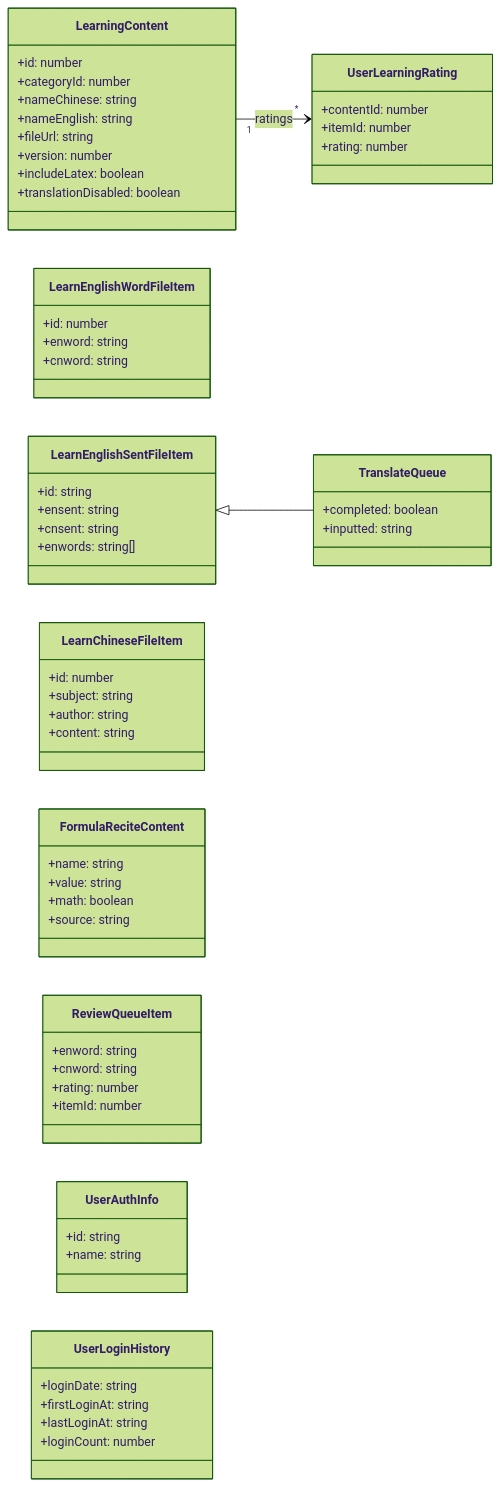
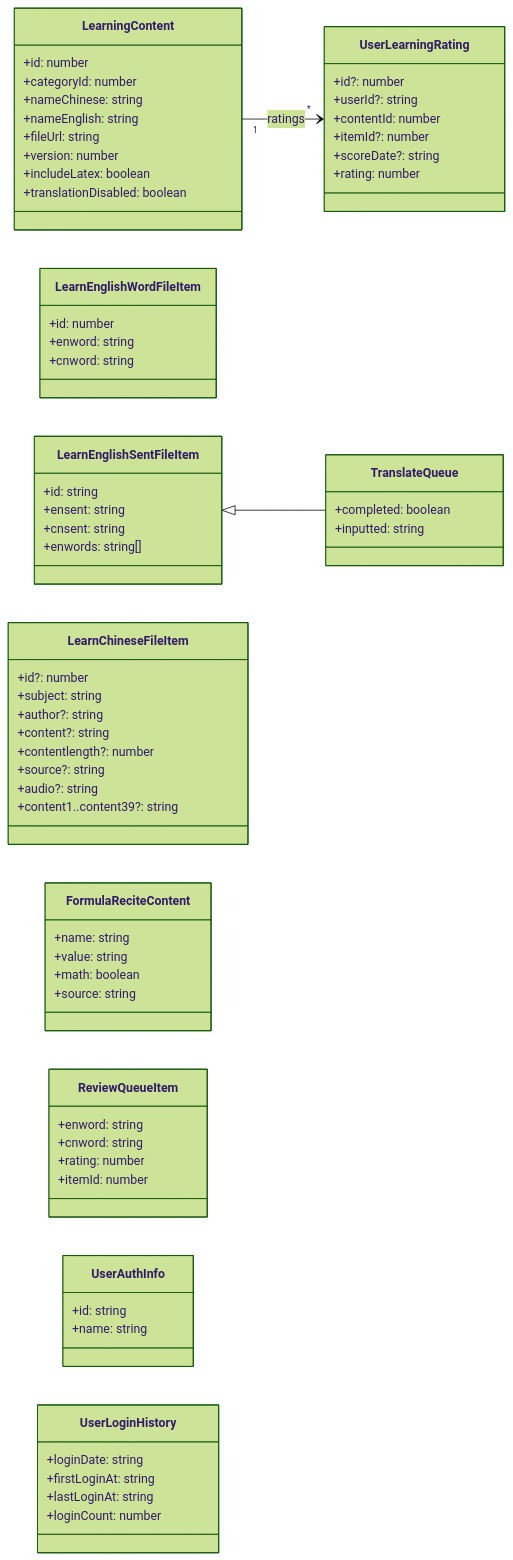
The third of 5 diagrams in docs/data-models.md (alvachien/knowledgebuilder), drawn with Mermaid (forest theme) before and after one commit. The commit also changed other lines of this file and 117 other files, not shown here.

````diff
--- a/docs/data-models.md
+++ b/docs/data-models.md
@@ -108,67 +112,74 @@
 ```mermaid
 classDiagram
   direction LR
 
   class LearningContent {
     +id: number
     +categoryId: number
     +nameChinese: string
     +nameEnglish: string
     +fileUrl: string
     +version: number
     +includeLatex: boolean
     +translationDisabled: boolean
   }
   class LearnEnglishWordFileItem {
     +id: number
     +enword: string
     +cnword: string
   }
   class LearnEnglishSentFileItem {
     +id: string
     +ensent: string
     +cnsent: string
     +enwords: string[]
   }
   class LearnChineseFileItem {
-    +id: number
+    +id?: number
     +subject: string
-    +author: string
-    +content: string
+    +author?: string
+    +content?: string
+    +contentlength?: number
+    +source?: string
+    +audio?: string
+    +content1..content39?: string
   }
   class FormulaReciteContent {
     +name: string
     +value: string
     +math: boolean
     +source: string
   }
   class TranslateQueue {
     +completed: boolean
     +inputted: string
   }
   LearnEnglishSentFileItem <|-- TranslateQueue
 
   class ReviewQueueItem {
     +enword: string
     +cnword: string
     +rating: number
     +itemId: number
   }
 
   class UserLearningRating {
+    +id?: number
+    +userId?: string
     +contentId: number
-    +itemId: number
+    +itemId?: number
+    +scoreDate?: string
     +rating: number
   }
   class UserAuthInfo {
     +id: string
     +name: string
   }
   class UserLoginHistory {
     +loginDate: string
     +firstLoginAt: string
     +lastLoginAt: string
     +loginCount: number
   }
   LearningContent "1" --> "*" UserLearningRating : ratings
 ```
````
